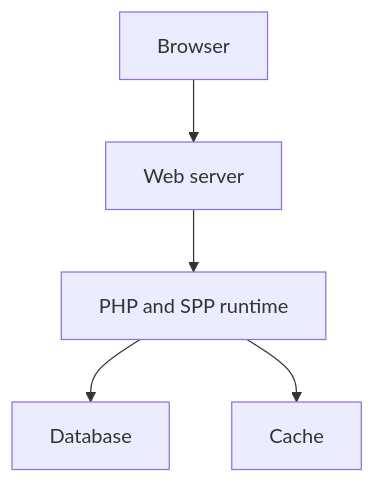
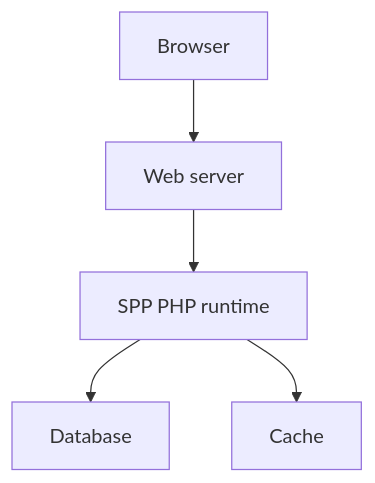
Before and after one commit to shuklasp/spp: the seventh of 9 diagrams in documentation/handbook/21-enterprise-architecture-and-deployment.md, drawn with Mermaid. The commit also changed other lines of this file, not shown here.

Commit message:
Deep rewrite enterprise architecture and deployment for beginner to advanced

````diff
--- a/documentation/handbook/21-enterprise-architecture-and-deployment.md
+++ b/documentation/handbook/21-enterprise-architecture-and-deployment.md
@@ -211,7 +223,7 @@
 ```mermaid
 flowchart TD
     B[Browser] --> W[Web server]
-    W --> P[PHP and SPP runtime]
+    W --> P[SPP PHP runtime]
     P --> DB[Database]
     P --> C[Cache]
 ```
````
